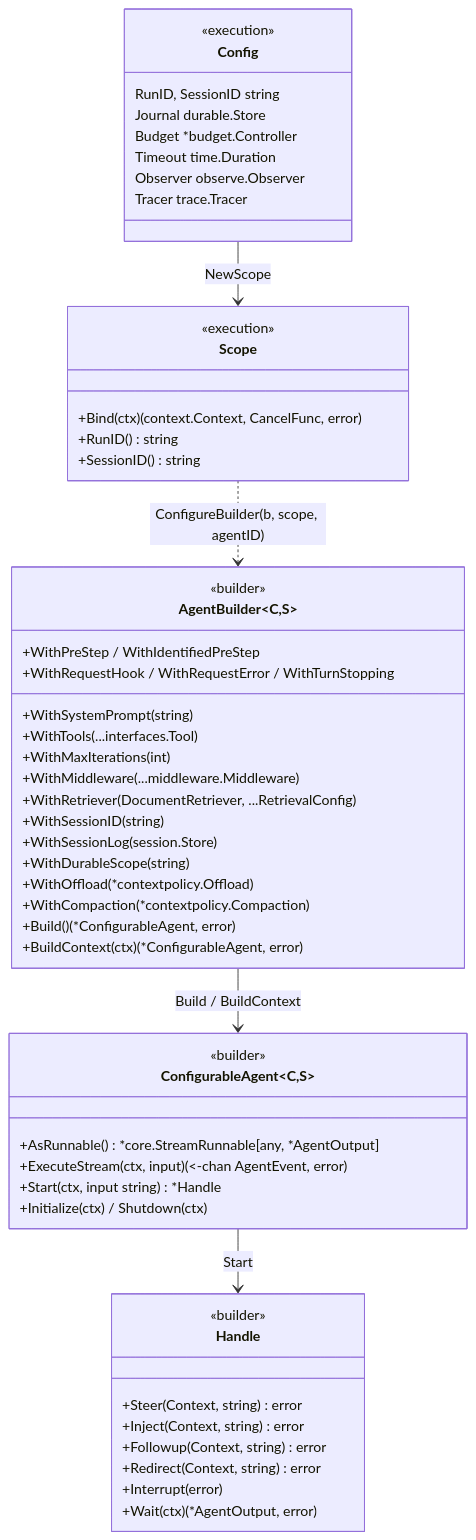
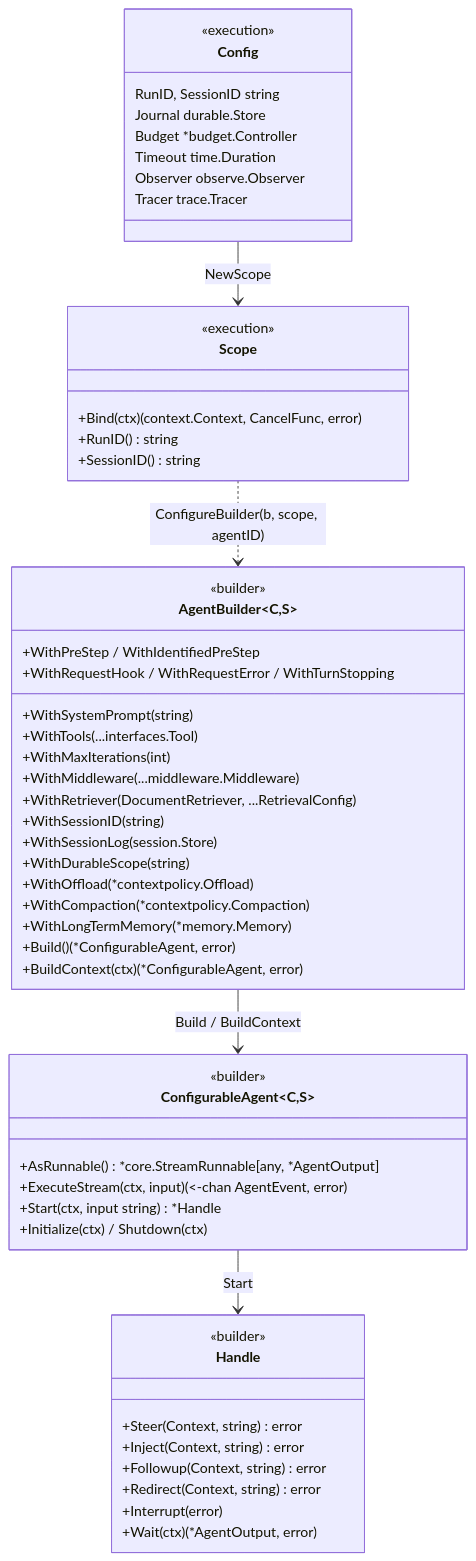
The first of 5 diagrams in docs/architecture/COMPONENT_DIAGRAM.md (kart-io/goagent), drawn with Mermaid before and after one commit. The commit also changed 48 other files, not shown here.

````diff
--- a/docs/architecture/COMPONENT_DIAGRAM.md
+++ b/docs/architecture/COMPONENT_DIAGRAM.md
@@ -7,55 +7,56 @@
 ```mermaid
 classDiagram
     class AgentBuilder~C,S~ {
         <<builder>>
         +WithSystemPrompt(string)
         +WithTools(...interfaces.Tool)
         +WithMaxIterations(int)
         +WithMiddleware(...middleware.Middleware)
         +WithRetriever(DocumentRetriever, ...RetrievalConfig)
         +WithSessionID(string)
         +WithSessionLog(session.Store)
         +WithDurableScope(string)
         +WithPreStep / WithIdentifiedPreStep
         +WithRequestHook / WithRequestError / WithTurnStopping
         +WithOffload(*contextpolicy.Offload)
         +WithCompaction(*contextpolicy.Compaction)
+        +WithLongTermMemory(*memory.Memory)
         +Build() (*ConfigurableAgent, error)
         +BuildContext(ctx) (*ConfigurableAgent, error)
     }
     class ConfigurableAgent~C,S~ {
         <<builder>>
         +AsRunnable() *core.StreamRunnable[any, *AgentOutput]
         +ExecuteStream(ctx, input) (<-chan AgentEvent, error)
         +Start(ctx, input string) *Handle
         +Initialize(ctx) / Shutdown(ctx)
     }
     class Handle {
         <<builder>>
         +Steer(Context, string) error
         +Inject(Context, string) error
         +Followup(Context, string) error
         +Redirect(Context, string) error
         +Interrupt(error)
         +Wait(ctx) (*AgentOutput, error)
     }
     class Scope {
         <<execution>>
         +Bind(ctx) (context.Context, CancelFunc, error)
         +RunID() string
         +SessionID() string
     }
     class Config {
         <<execution>>
         RunID, SessionID string
         Journal durable.Store
         Budget *budget.Controller
         Timeout time.Duration
         Observer observe.Observer
         Tracer trace.Tracer
     }
     AgentBuilder --> ConfigurableAgent : Build / BuildContext
     ConfigurableAgent --> Handle : Start
     Config --> Scope : NewScope
     Scope ..> AgentBuilder : ConfigureBuilder(b, scope, agentID)
 ```
````
